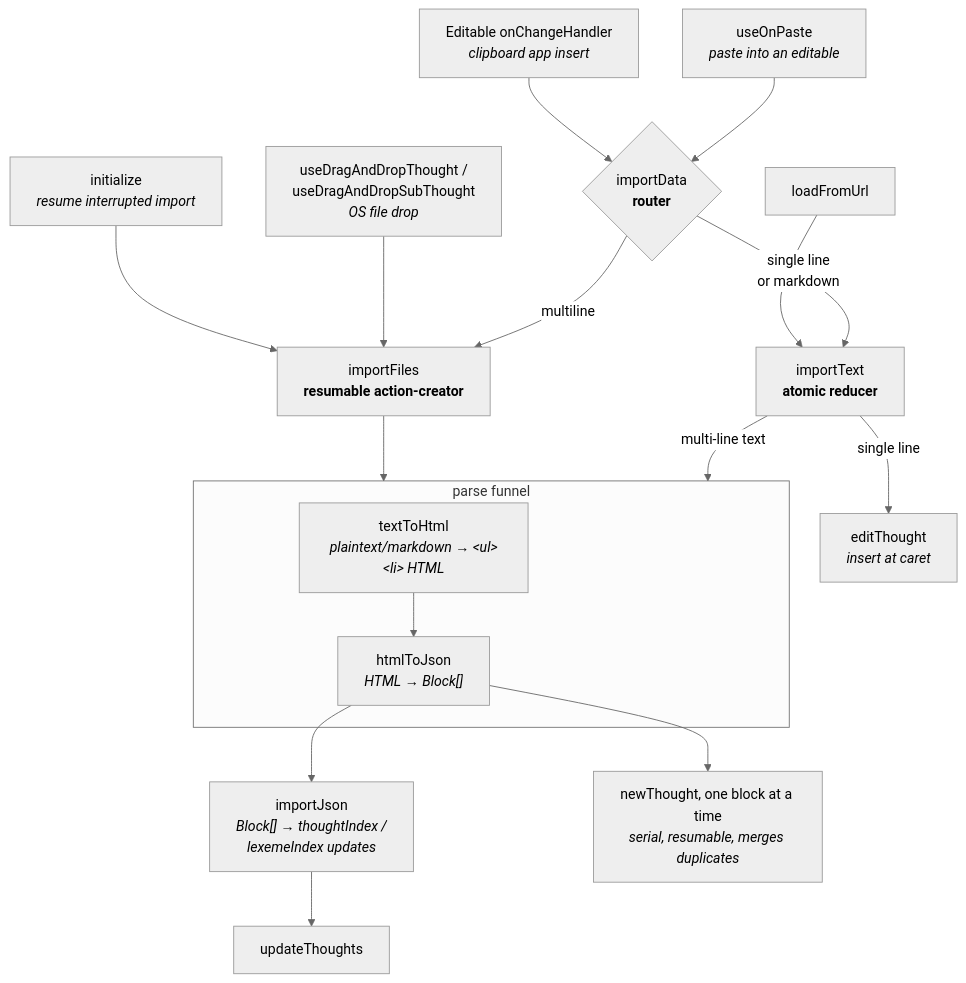
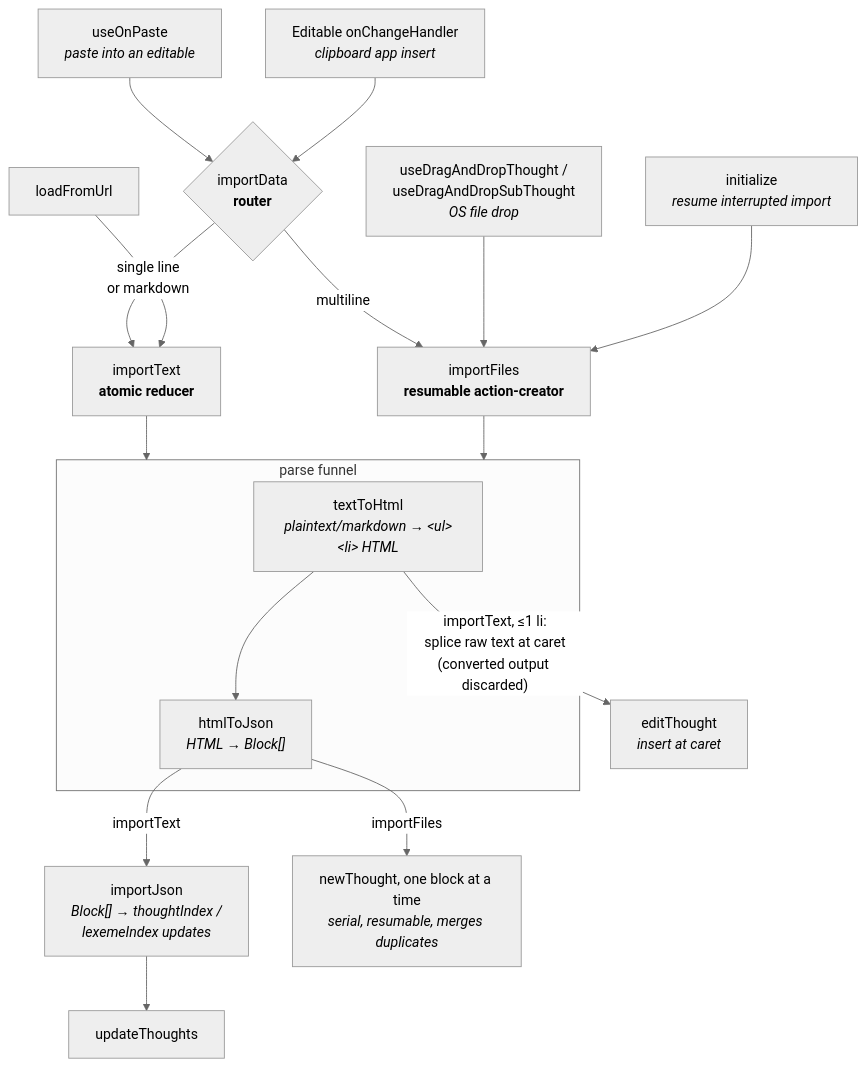
Before and after one commit to cybersemics/em: the diagram in docs/import-pipeline.md, drawn with Mermaid (neutral theme). The commit also changed other lines of this file, not shown here.

Commit message:
docs(import-pipeline): enter the parse funnel before the single-line decision
textToHtml runs on every importText input — the li count of its converted
output is what selects the single- vs multi-line path — but the single-line
branch splices the raw input string and discards the converted output. The
Overview diagram drew this as route-then-parse, with the single-line edge
bypassing the funnel entirely. Redraw importText to enter the funnel
unconditionally and exit at textToHtml on the single-line branch, and state
the discard mechanism in the sanitization and #3959 passages it explains.

````diff
--- a/docs/import-pipeline.md
+++ b/docs/import-pipeline.md
@@ -9,38 +9,38 @@
 ```mermaid
 flowchart TD
     paste["useOnPaste<br/><i>paste into an editable</i>"]
     clipapp["Editable onChangeHandler<br/><i>clipboard app insert</i>"]
     dnd["useDragAndDropThought /<br/>useDragAndDropSubThought<br/><i>OS file drop</i>"]
     resume["initialize<br/><i>resume interrupted import</i>"]
     url["loadFromUrl"]
 
     importData{"importData<br/><b>router</b>"}
     importText["importText<br/><b>atomic reducer</b>"]
     importFiles["importFiles<br/><b>resumable action-creator</b>"]
 
     paste --> importData
     clipapp --> importData
     importData -- "single line<br/>or markdown" --> importText
     importData -- "multiline" --> importFiles
     dnd --> importFiles
     resume --> importFiles
     url --> importText
 
     subgraph funnel ["parse funnel"]
         textToHtml["textToHtml<br/><i>plaintext/markdown → &lt;ul&gt;&lt;li&gt; HTML</i>"]
         htmlToJson["htmlToJson<br/><i>HTML → Block[]</i>"]
         textToHtml --> htmlToJson
     end
 
-    importText -- "multi-line text" --> funnel
+    importText --> funnel
     importFiles --> funnel
 
     inline["editThought<br/><i>insert at caret</i>"]
     importJson["importJson<br/><i>Block[] → thoughtIndex /<br/>lexemeIndex updates</i>"]
     newThought["newThought, one block at a time<br/><i>serial, resumable, merges duplicates</i>"]
 
-    importText -- "single line" --> inline
-    htmlToJson --> importJson
-    htmlToJson --> newThought
+    textToHtml -- "importText, ≤1 li:<br/>splice raw text at caret<br/>(converted output discarded)" --> inline
+    htmlToJson -- "importText" --> importJson
+    htmlToJson -- "importFiles" --> newThought
     importJson --> updateThoughts["updateThoughts"]
 ```
````
